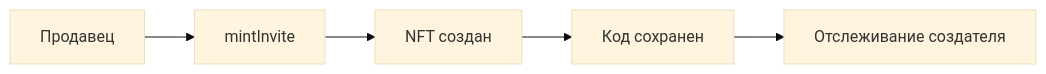
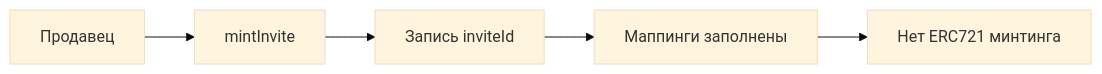
The first of 4 diagrams in contracts/docs/SpiralEngine.md (ViralLove/amanita), drawn with Mermaid (base theme) before and after one commit. The commit also changed other lines of this file and 2 other files, not shown here.

````diff
--- a/contracts/docs/SpiralEngine.md
+++ b/contracts/docs/SpiralEngine.md
@@ -476,7 +450,7 @@
 ```mermaid
 graph LR
     A[Продавец] --> B[mintInvite]
-    B --> C[NFT создан]
-    C --> D[Код сохранен]
-    D --> E[Отслеживание создателя]
+    B --> C[Запись inviteId]
+    C --> D[Маппинги заполнены]
+    D --> E[Нет ERC721 минтинга]
 ```
````
